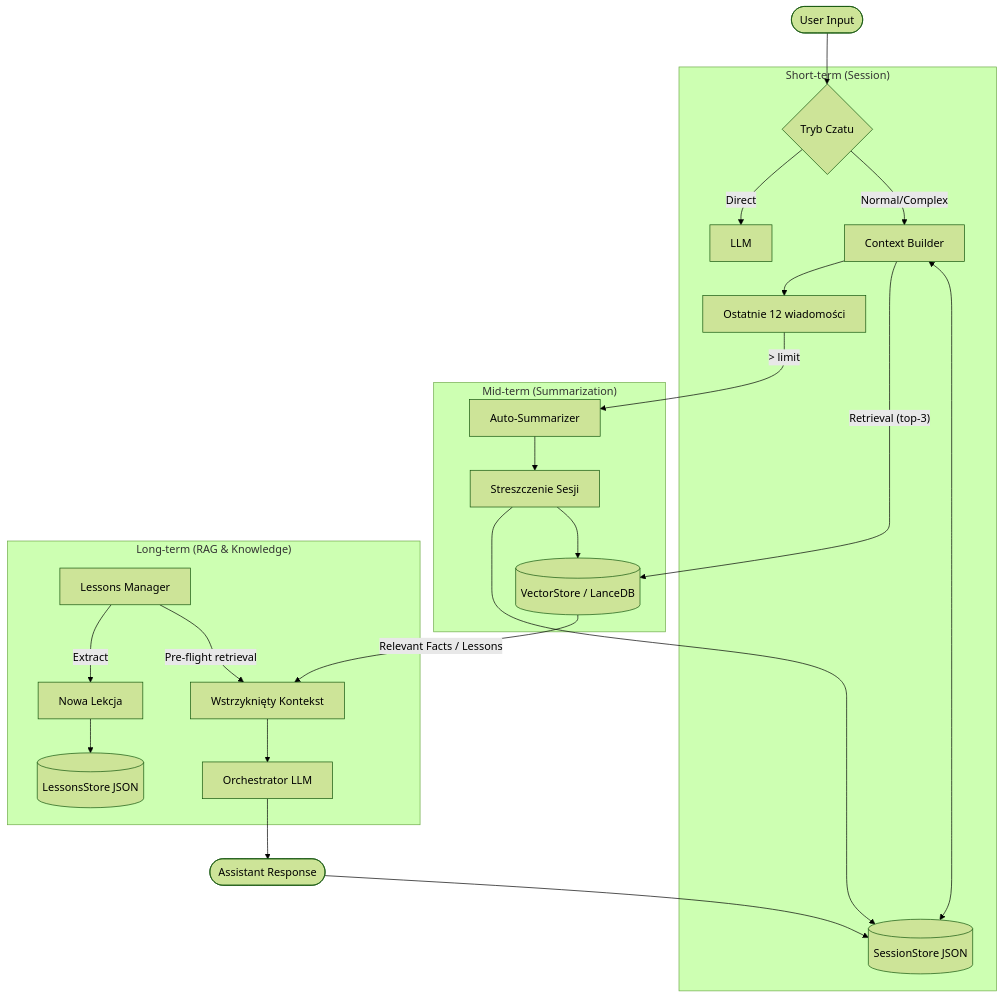
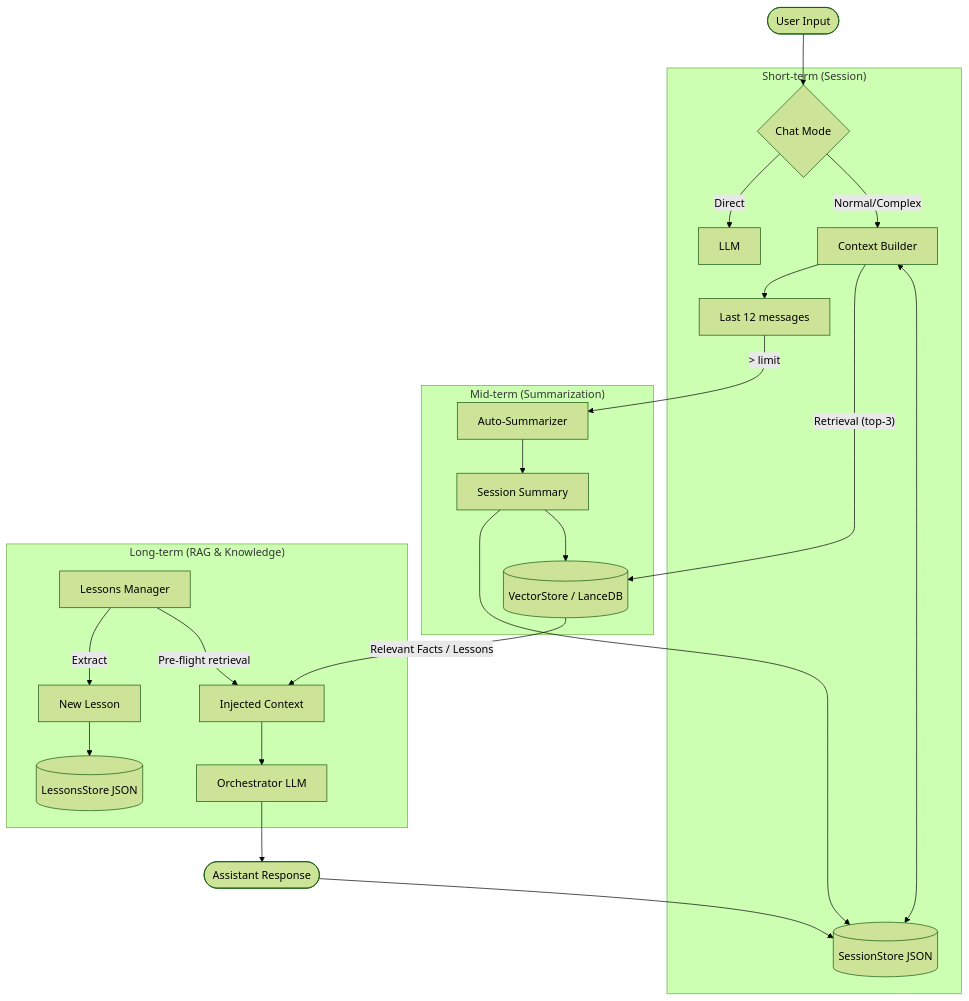
One commit to mpieniak01/Venom changed the diagram in docs/MEMORY_IN_CHAT.md. Above: the diagram before and after it, drawn with Mermaid (forest theme). The commit also changed other lines of this file and 300 other files, not shown here.

````diff
--- a/docs/MEMORY_IN_CHAT.md
+++ b/docs/MEMORY_IN_CHAT.md
@@ -14,31 +14,31 @@
 ```mermaid
 flowchart TD
-    UserInput([User Input]) --> Router{Tryb Czatu}
+    UserInput([User Input]) --> Router{Chat Mode}
 
     subgraph "Short-term (Session)"
         Router -- Direct --> LLM_Direct[LLM]
         Router -- Normal/Complex --> ContextBuilder[Context Builder]
         SessionStore[(SessionStore JSON)] <--> ContextBuilder
-        ContextBuilder --> RecentHistory[Ostatnie 12 wiadomości]
+        ContextBuilder --> RecentHistory[Last 12 messages]
     end
 
     subgraph "Mid-term (Summarization)"
         RecentHistory -- > limit --> Summarizer[Auto-Summarizer]
-        Summarizer --> SummaryText[Streszczenie Sesji]
+        Summarizer --> SummaryText[Session Summary]
         SummaryText --> SessionStore
         SummaryText --> VectorStore[(VectorStore / LanceDB)]
     end
 
     subgraph "Long-term (RAG & Knowledge)"
         ContextBuilder -- "Retrieval (top-3)" --> VectorStore
-        VectorStore -- "Relevant Facts / Lessons" --> IncludedContext[Wstrzyknięty Kontekst]
+        VectorStore -- "Relevant Facts / Lessons" --> IncludedContext[Injected Context]
         IncludedContext --> LLM_Main[Orchestrator LLM]
 
-        LessonsManager[Lessons Manager] -- "Extract" --> NewLesson[Nowa Lekcja]
+        LessonsManager[Lessons Manager] -- "Extract" --> NewLesson[New Lesson]
         NewLesson --> LessonsStore[(LessonsStore JSON)]
         LessonsManager -- "Pre-flight retrieval" --> IncludedContext
     end
 
     LLM_Main --> Output([Assistant Response])
     Output --> SessionStore
 ```
````
